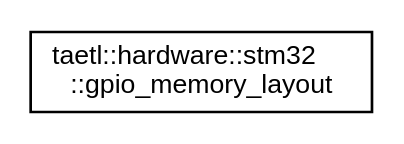
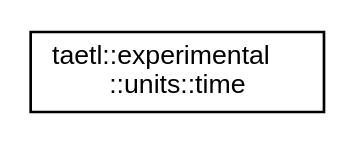
The diagram in inherit_graph_17.dot (tobanteAudio/taetl), drawn with Graphviz before and after one commit. The commit also changed 127 other files, not shown here.

```diff
--- a/inherit_graph_17.dot
+++ b/inherit_graph_17.dot
@@ -1,7 +1,7 @@
 digraph "Graphical Class Hierarchy"
 {
   edge [fontname="Helvetica",fontsize="10",labelfontname="Helvetica",labelfontsize="10"];
   node [fontname="Helvetica",fontsize="10",shape=record];
   rankdir="LR";
-  Node0 [label="taetl::hardware::stm32\l::gpio_memory_layout",height=0.2,width=0.4,color="black", fillcolor="white", style="filled",URL="$structtaetl_1_1hardware_1_1stm32_1_1gpio__memory__layout.html"];
+  Node0 [label="taetl::experimental\l::units::time",height=0.2,width=0.4,color="black", fillcolor="white", style="filled",URL="$structtaetl_1_1experimental_1_1units_1_1time.html"];
 }
```
